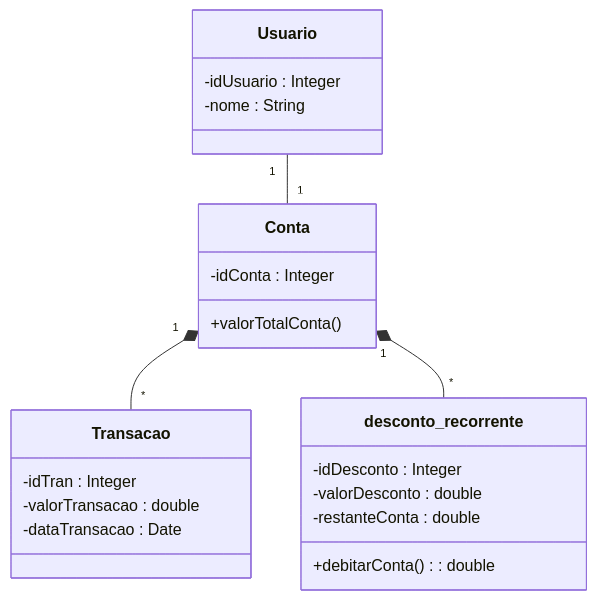
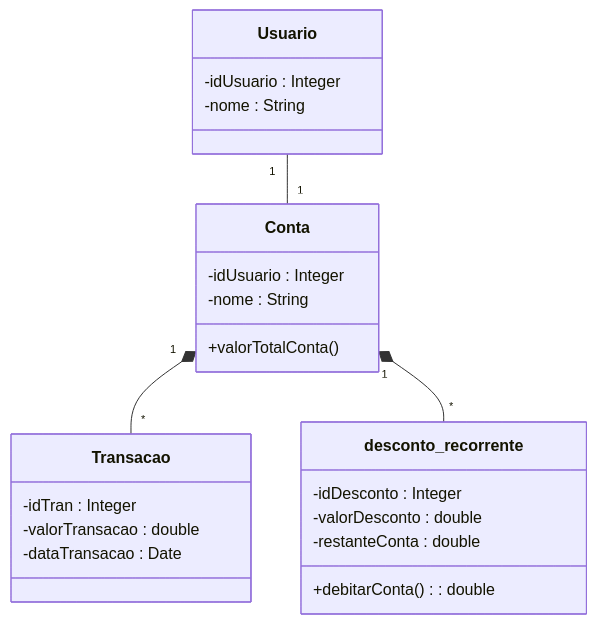
Before and after one commit to J0aoPaulo/data-persistence-jpa-crud: the diagram in mermaid.md, drawn with Mermaid. The commit also changed 3 other files, not shown here.

Commit message:
fix shared pk conta e usuario

````diff
--- a/mermaid.md
+++ b/mermaid.md
@@ -1,30 +1,31 @@
 ```mermaid
 classDiagram
 Usuario "1" -- "1" Conta
 Conta "1" *-- "*" Transacao
 Conta "1" *-- "*" desconto_recorrente
 
 
 class Usuario {
 -idUsuario : Integer
 -nome : String
 }
 
 class Transacao {
 -idTran : Integer
 -valorTransacao : double
 -dataTransacao : Date
 }
 
 class Conta {
--idConta : Integer
+-idUsuario : Integer
+-nome : String
 +valorTotalConta()
 }
 
 class desconto_recorrente {
 -idDesconto : Integer
 -valorDesconto : double
 -restanteConta : double
 +debitarConta() : double
 }
 ```
````
